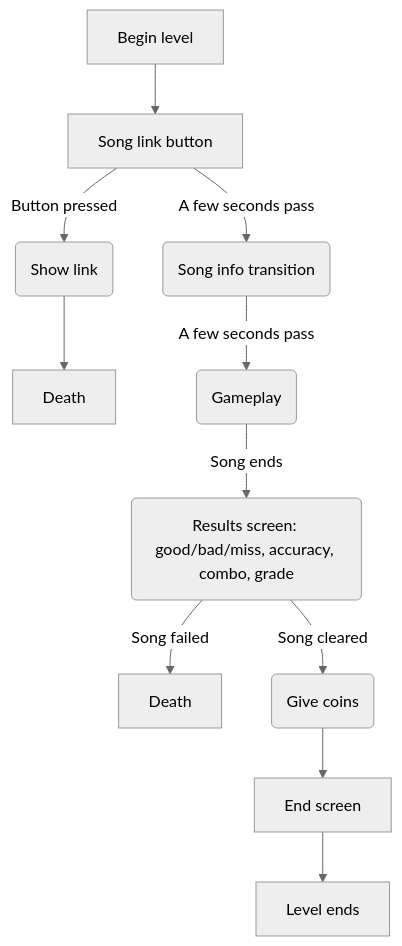
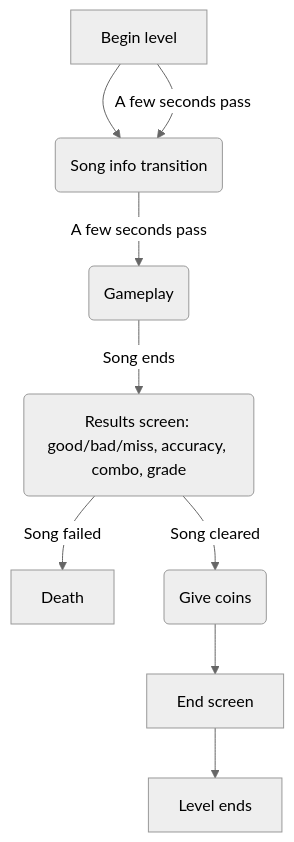
Before and after one commit to Maritsu/taiko-time: the diagram in doc/ui/flow.md, drawn with Mermaid (neutral theme). The commit also changed 6 other files, not shown here.

````diff
--- a/doc/ui/flow.md
+++ b/doc/ui/flow.md
@@ -4,13 +4,10 @@
 ```mermaid
 flowchart TD
-    0[Begin level] -->SL
-    SL[Song link button]
-    SL -->|Button pressed| SL0(Show link)
-    SL0 --> SL1[Death]
-    SL -->|A few seconds pass| SI(Song info transition)
+    0[Begin level] -->SI
+    0 -->|A few seconds pass| SI(Song info transition)
     SI -->|A few seconds pass| GP(Gameplay)
     GP -->|Song ends| RS(Results screen: good/bad/miss, accuracy, combo, grade)
     RS -->|Song failed| GP0[Death]
     RS -->|Song cleared| GP1(Give coins)
     GP1 --> 9998[End screen] --> 9999[Level ends]
 ```
````
